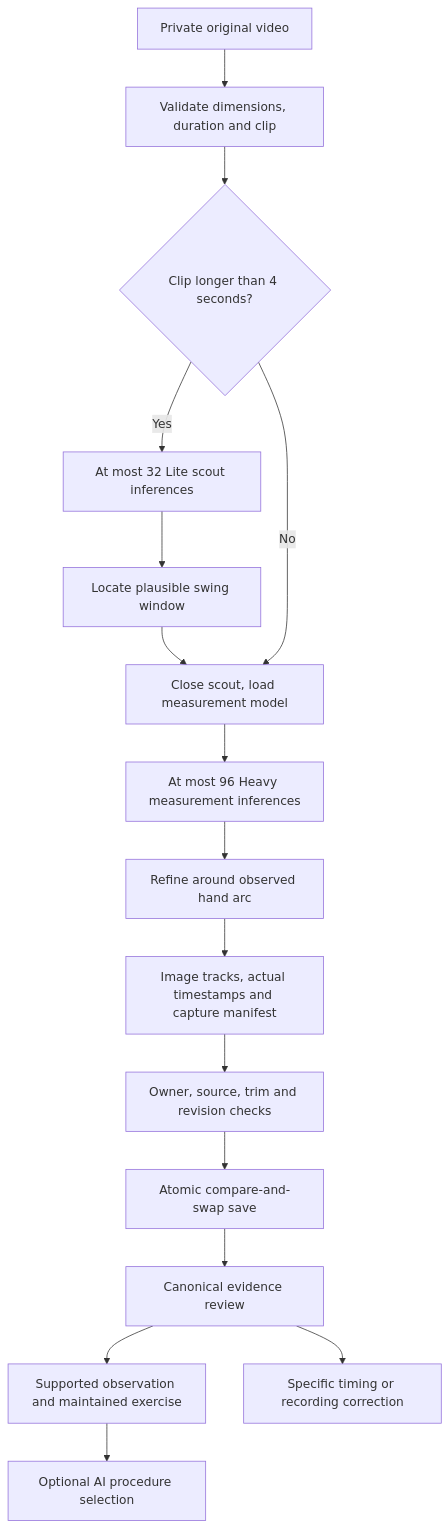
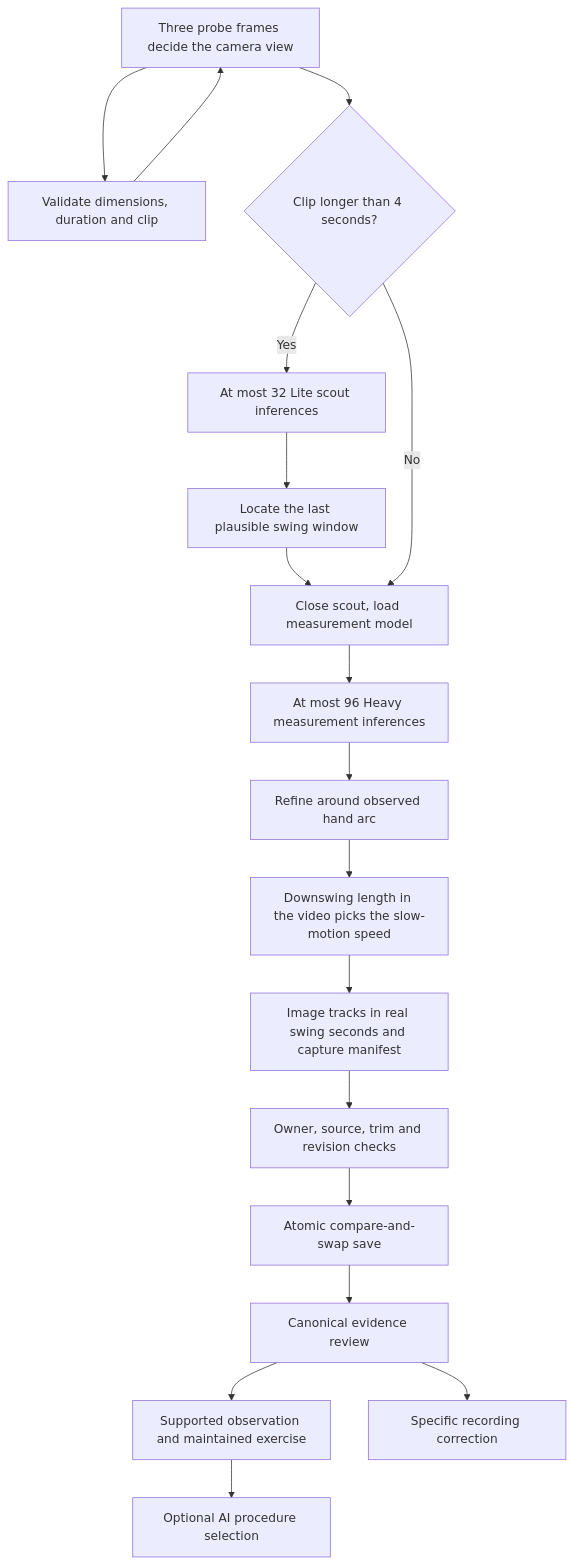
Before and after one commit to jaewonshim0000-ai/golf-ai-coach: the first of 2 diagrams in docs/swing-architecture.md, drawn with Mermaid. The commit also changed other lines of this file and 28 other files, not shown here.

First line of the commit message:
feat: automate swing analysis setup and guide slow-motion recording

````diff
--- a/docs/swing-architecture.md
+++ b/docs/swing-architecture.md
@@ -9,18 +9,20 @@
 ```mermaid
 flowchart TD
   V[Private original video] --> P[Validate dimensions, duration and clip]
-  P --> S{Clip longer than 4 seconds?}
+  P --> V[Three probe frames decide the camera view]
+  V --> S{Clip longer than 4 seconds?}
   S -->|Yes| L[At most 32 Lite scout inferences]
-  L --> W[Locate plausible swing window]
+  L --> W[Locate the last plausible swing window]
   W --> H[Close scout, load measurement model]
   S -->|No| H
   H --> M[At most 96 Heavy measurement inferences]
   M --> R[Refine around observed hand arc]
-  R --> T[Image tracks, actual timestamps and capture manifest]
+  R --> X[Downswing length in the video picks the slow-motion speed]
+  X --> T[Image tracks in real swing seconds and capture manifest]
   T --> C[Owner, source, trim and revision checks]
   C --> D[Atomic compare-and-swap save]
   D --> E[Canonical evidence review]
   E --> O[Supported observation and maintained exercise]
-  E --> A[Specific timing or recording correction]
+  E --> A[Specific recording correction]
   O --> I[Optional AI procedure selection]
 ```
````
